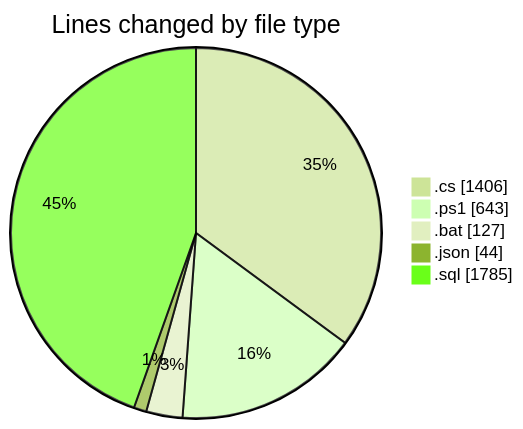
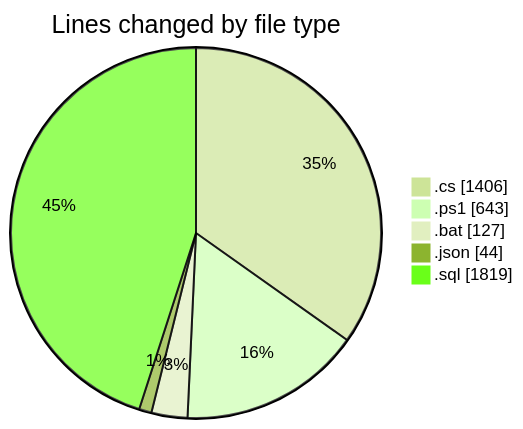
Before and after one commit to lephambinh05/code-tracking: the first of 2 diagrams in 2025-07-28/quanlyrapchieuphim-2/README.md, drawn with Mermaid (forest theme). The commit also changed other lines of this file and 1 other file, not shown here.

````diff
--- a/2025-07-28/quanlyrapchieuphim-2/README.md
+++ b/2025-07-28/quanlyrapchieuphim-2/README.md
@@ -40,9 +40,9 @@
 ```mermaid
 pie showData
 title Lines changed by file type
 ".cs" : 1406
 ".ps1" : 643
 ".bat" : 127
 ".json" : 44
-".sql" : 1785
+".sql" : 1819
 ```
````
